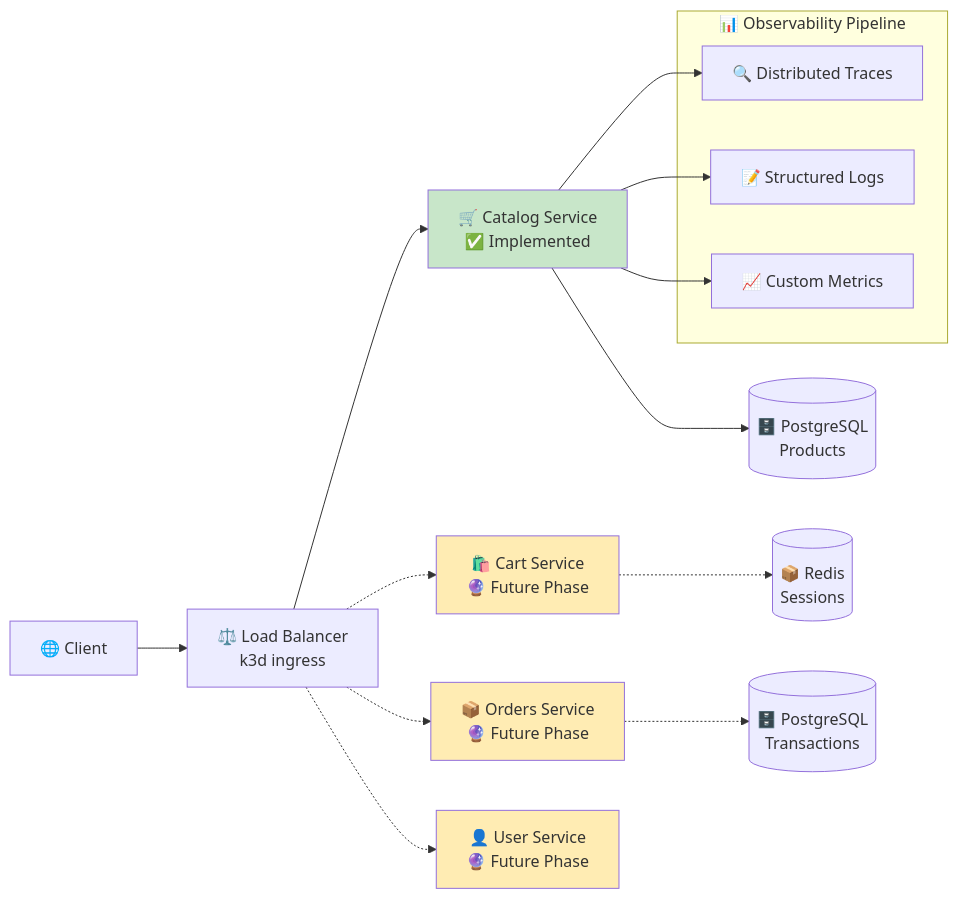
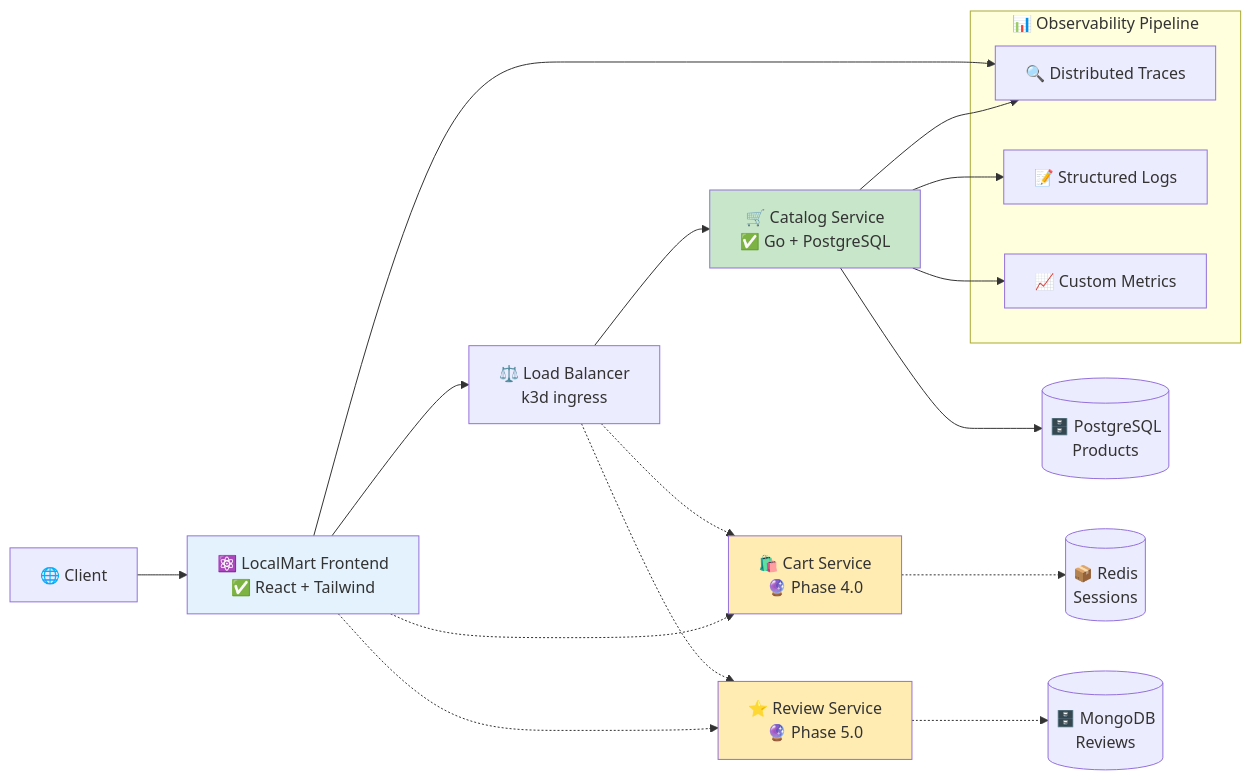
Before and after one commit to MansoorMajeed/kubernetes-lab: the second of 3 diagrams in README.md, drawn with Mermaid. The commit also changed other lines of this file and 3 other files, not shown here.

````diff
--- a/README.md
+++ b/README.md
@@ -82,27 +91,31 @@
 ```mermaid
 graph LR
-    Client[🌐 Client] --> LB[⚖️ Load Balancer<br/>k3d ingress]
-    LB --> Catalog[🛒 Catalog Service<br/>✅ Implemented]
-    LB -.-> Cart[🛍️ Cart Service<br/>🔮 Future Phase]
-    LB -.-> Orders[📦 Orders Service<br/>🔮 Future Phase]
-    LB -.-> Users[👤 User Service<br/>🔮 Future Phase]
+    Client[🌐 Client] --> Frontend[⚛️ LocalMart Frontend<br/>✅ React + Tailwind]
+    Frontend --> LB[⚖️ Load Balancer<br/>k3d ingress]
+    LB --> Catalog[🛒 Catalog Service<br/>✅ Go + PostgreSQL]
+    LB -.-> Cart[🛍️ Cart Service<br/>🔮 Phase 4.0]
+    LB -.-> Review[⭐ Review Service<br/>🔮 Phase 5.0]
+    
+    Frontend -.-> Cart
+    Frontend -.-> Review
     
     Catalog --> CatalogDB[(🗄️ PostgreSQL<br/>Products)]
     Cart -.-> CartDB[(📦 Redis<br/>Sessions)]
-    Orders -.-> OrdersDB[(🗄️ PostgreSQL<br/>Transactions)]
+    Review -.-> ReviewDB[(🗄️ MongoDB<br/>Reviews)]
     
     subgraph "📊 Observability Pipeline"
         Traces[🔍 Distributed Traces]
         Logs[📝 Structured Logs] 
         Metrics[📈 Custom Metrics]
     end
     
+    Frontend --> Traces
     Catalog --> Traces
     Catalog --> Logs  
     Catalog --> Metrics
     
+    style Frontend fill:#e3f2fd
     style Catalog fill:#c8e6c9
     style Cart fill:#ffecb3
-    style Orders fill:#ffecb3
-    style Users fill:#ffecb3
+    style Review fill:#ffecb3
 ```
````
